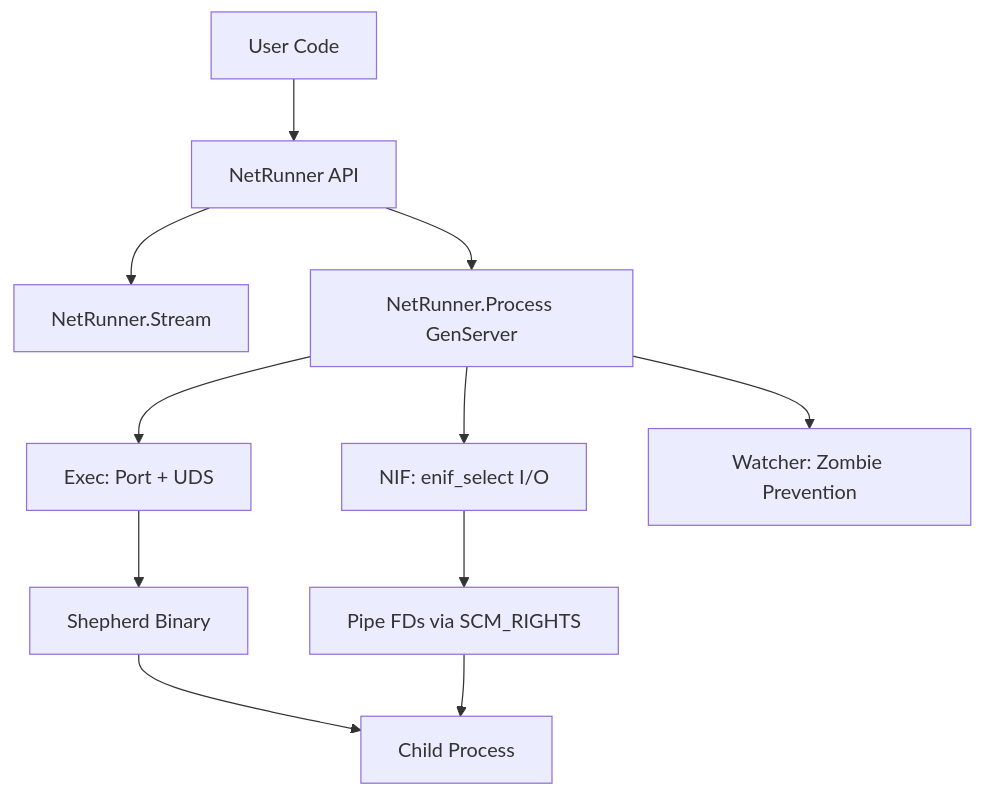
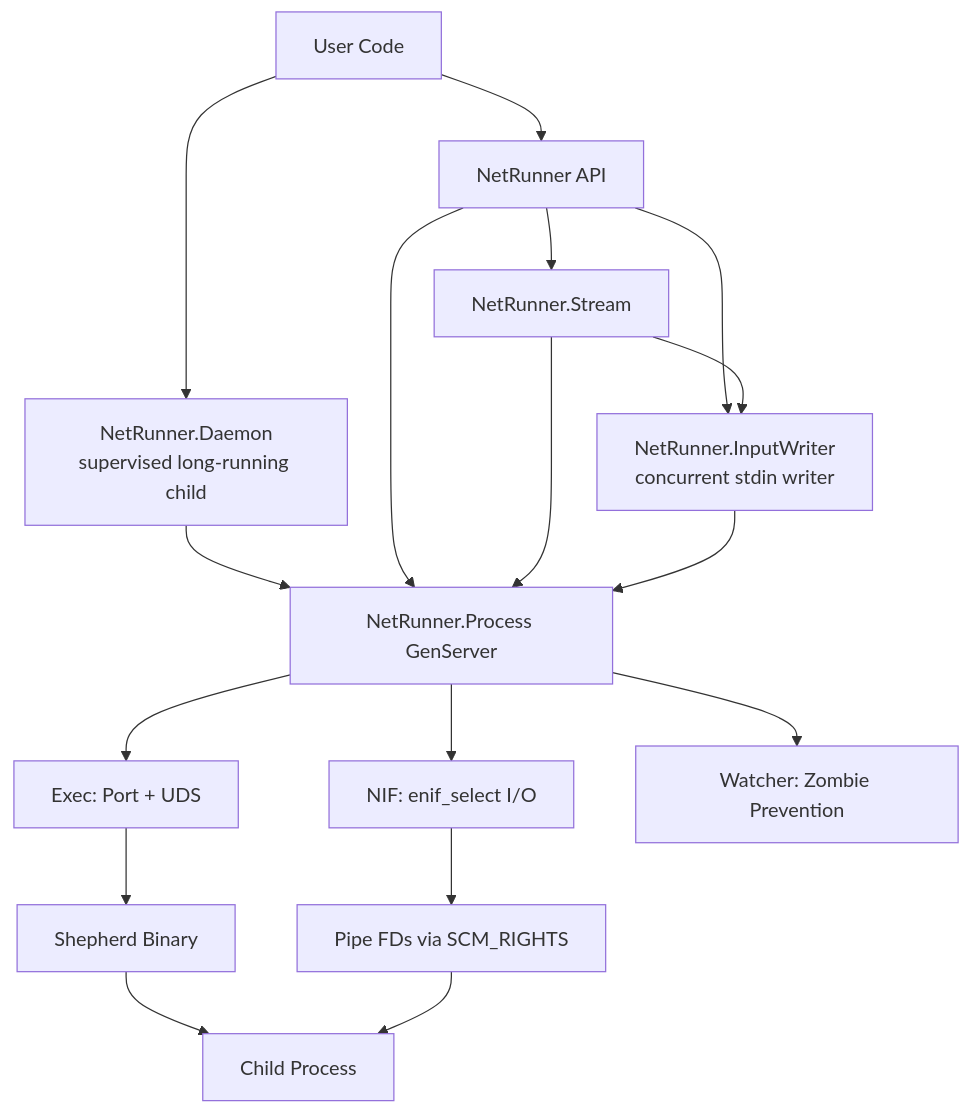
One commit to nyo16/net_runner changed the first of 3 diagrams in docs/architecture.md. Above: the diagram before and after it, drawn with Mermaid. The commit also changed other lines of this file and 48 other files, not shown here.

````diff
--- a/docs/architecture.md
+++ b/docs/architecture.md
@@ -9,13 +9,19 @@
 ```mermaid
 graph TD
     A[User Code] --> B[NetRunner API]
+    A --> K[NetRunner.Daemon<br/>supervised long-running child]
     B --> C[NetRunner.Stream]
+    B --> W[NetRunner.InputWriter<br/>concurrent stdin writer]
+    C --> W
+    K --> D
     B --> D[NetRunner.Process GenServer]
+    C --> D
+    W --> D
     D --> E[Exec: Port + UDS]
     D --> F[NIF: enif_select I/O]
     D --> G[Watcher: Zombie Prevention]
     E --> H[Shepherd Binary]
     H --> I[Child Process]
     F --> J[Pipe FDs via SCM_RIGHTS]
     J --> I
 ```
````
